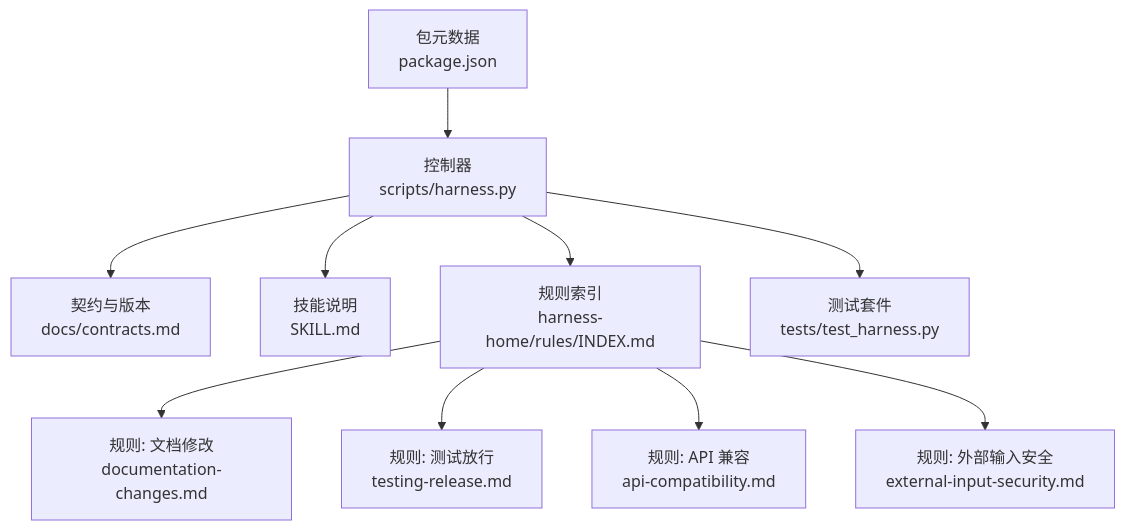
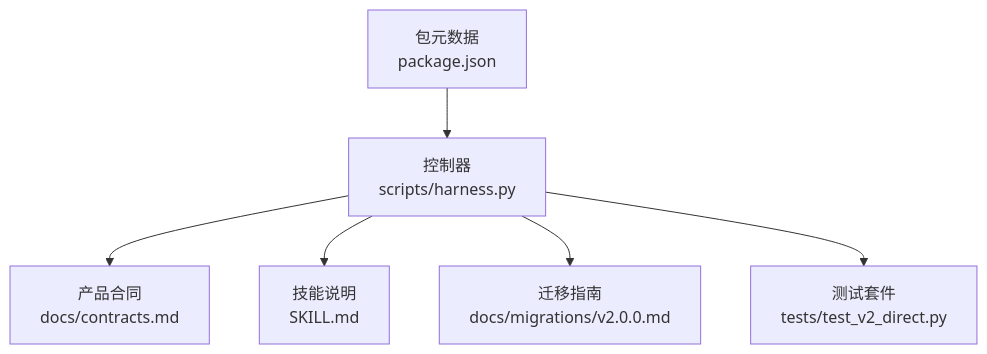
Before and after one commit to HackSing/docs-harness: the first of 9 diagrams in .qoder/repowiki/zh/content/证据系统/证据系统.md, drawn with Mermaid. The commit also changed other lines of this file and 42 other files, not shown here.

````diff
--- a/.qoder/repowiki/zh/content/证据系统/证据系统.md
+++ b/.qoder/repowiki/zh/content/证据系统/证据系统.md
@@ -50,12 +46,8 @@
 ```mermaid
 graph TB
-A["控制器<br/>scripts/harness.py"] --> B["契约与版本<br/>docs/contracts.md"]
+A["控制器<br/>scripts/harness.py"] --> B["产品合同<br/>docs/contracts.md"]
 A --> C["技能说明<br/>SKILL.md"]
-A --> D["规则索引<br/>harness-home/rules/INDEX.md"]
-D --> E["规则: 文档修改<br/>documentation-changes.md"]
-D --> F["规则: 测试放行<br/>testing-release.md"]
-D --> G["规则: API 兼容<br/>api-compatibility.md"]
-D --> H["规则: 外部输入安全<br/>external-input-security.md"]
-A --> I["测试套件<br/>tests/test_harness.py"]
+A --> D["迁移指南<br/>docs/migrations/v2.0.0.md"]
+A --> E["测试套件<br/>tests/test_v2_direct.py"]
 J["包元数据<br/>package.json"] --> A
 ```
````
